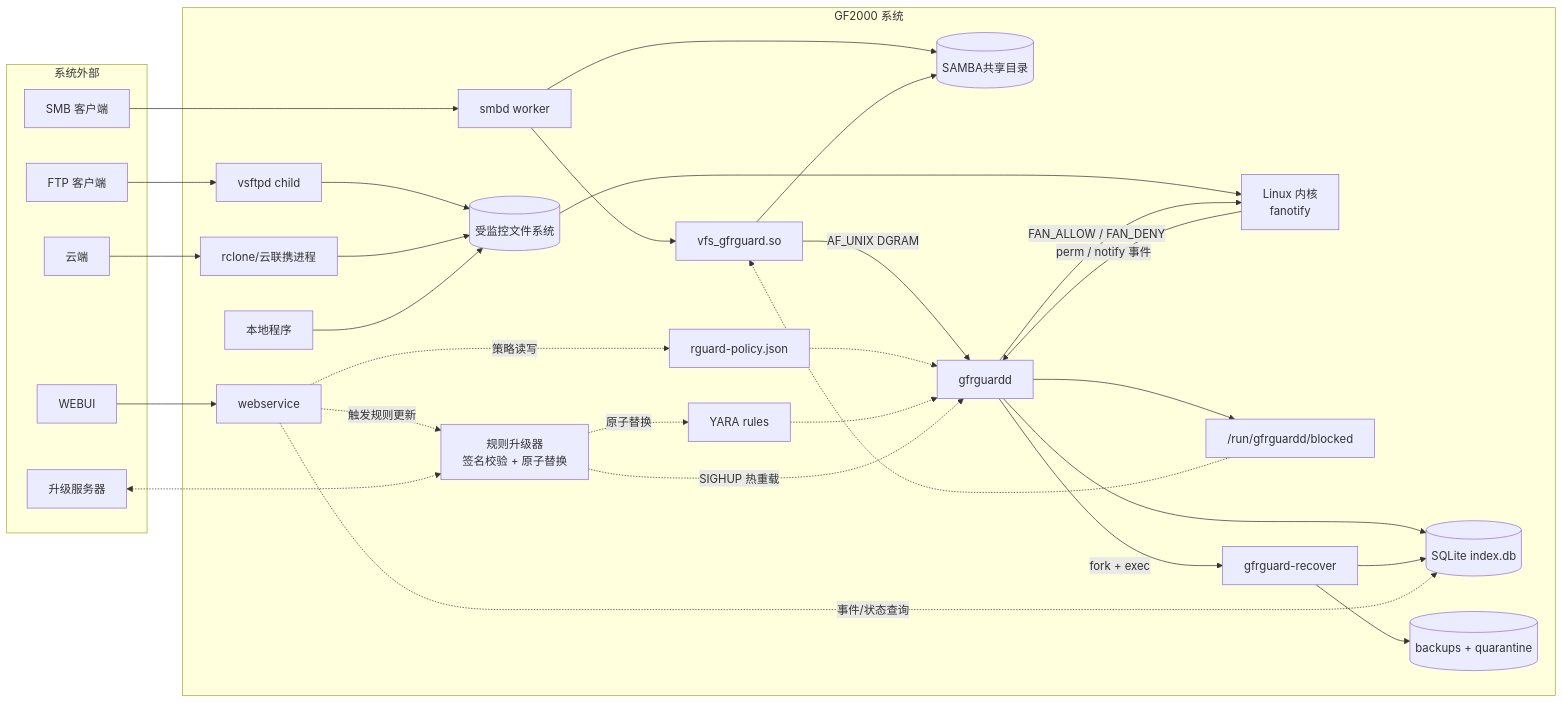
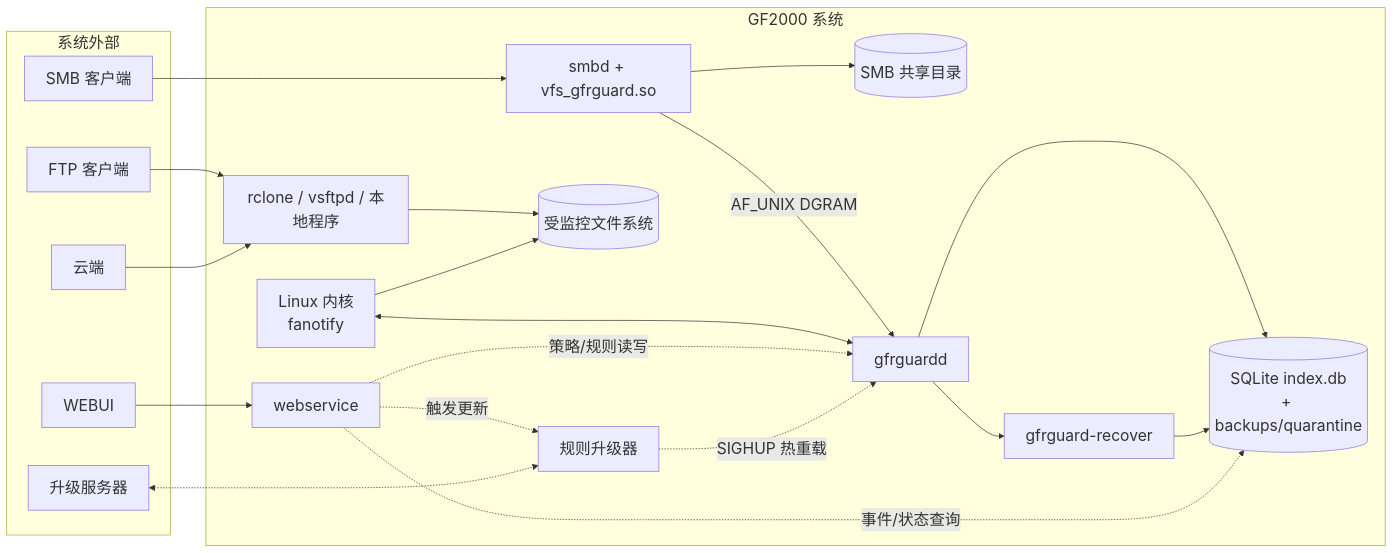
Before and after one commit to xd121614/ne_gfrguard: the first of 7 diagrams in doc/specs/architecture_v2.md, drawn with Mermaid.

Commit message:
更新逻辑视图

````diff
--- a/doc/specs/architecture_v2.md
+++ b/doc/specs/architecture_v2.md
@@ -119,60 +119,43 @@
 ```mermaid
+%%{init: {"themeVariables": {"fontSize": "22px"}}}%%
 flowchart LR
 	subgraph EXT["系统外部"]
 		SMB[SMB 客户端]
 		FTP[FTP 客户端]
 		CLOUD[云端]
-		UPDATESERVER[升级服务器]
 		WEB[WEBUI]
+		UPD[升级服务器]
 	end
 
 	subgraph SYS["GF2000 系统"]
-		SMBD[smbd worker]
-		FTPD[vsftpd child]
-		RCLONE[rclone/云联携进程]
-		LOCAL[本地程序]
-        SHARE[(SAMBA共享目录)]
-		FS[(受监控文件系统)]
-		VFS[vfs_gfrguard.so]
+		MON[rclone / vsftpd / 本地程序]
+		VFS[smbd + vfs_gfrguard.so]
+		FS1[(SMB 共享目录)]
+		FS2[(受监控文件系统)]
 		KERNEL[Linux 内核<br/>fanotify]
 		D[gfrguardd]
-		DB[(SQLite index.db)]
-		BLOCKED["/run/gfrguardd/blocked"]
 		REC[gfrguard-recover]
-		STORE[(backups + quarantine)]
-		CFG[rguard-policy.json]
-		RULES[YARA rules]
+		DB[(SQLite index.db<br/>+ backups/quarantine)]
 		WSS[webservice]
-		RULEUP[规则升级器<br/>签名校验 + 原子替换]
+		RULEUP[规则升级器]
 
-		SMBD --> SHARE
-		SMBD --> VFS
-		VFS --> SHARE
-		FTPD --> FS
-		RCLONE --> FS
-		LOCAL --> FS
+		VFS --> FS1
+		MON --> FS2
+		KERNEL --> FS2
 		VFS -->|AF_UNIX DGRAM| D
-		FS --> KERNEL
-		KERNEL -->|perm / notify 事件| D
-		D -->|FAN_ALLOW / FAN_DENY| KERNEL
+		KERNEL <--> D
+		D --> REC
 		D --> DB
-		D --> BLOCKED
-		D -->|fork + exec| REC
-		REC --> STORE
 		REC --> DB
-		BLOCKED -.-> VFS
-		CFG -.-> D
-		RULES -.-> D
-		WEB --> WSS
-		WSS -.->|策略读写| CFG
+		WSS -.->|策略/规则读写| D
 		WSS -.->|事件/状态查询| DB
-		WSS -.->|触发规则更新| RULEUP
-		RULEUP -.->|原子替换| RULES
+		WSS -.->|触发更新| RULEUP
 		RULEUP -.->|SIGHUP 热重载| D
 	end
 
-	SMB --> SMBD
-	FTP --> FTPD
-	CLOUD --> RCLONE
-	UPDATESERVER <-.-> RULEUP
+	SMB --> VFS
+	FTP --> MON
+	CLOUD --> MON
+	WEB --> WSS
+	UPD <-.-> RULEUP
 ```
````
